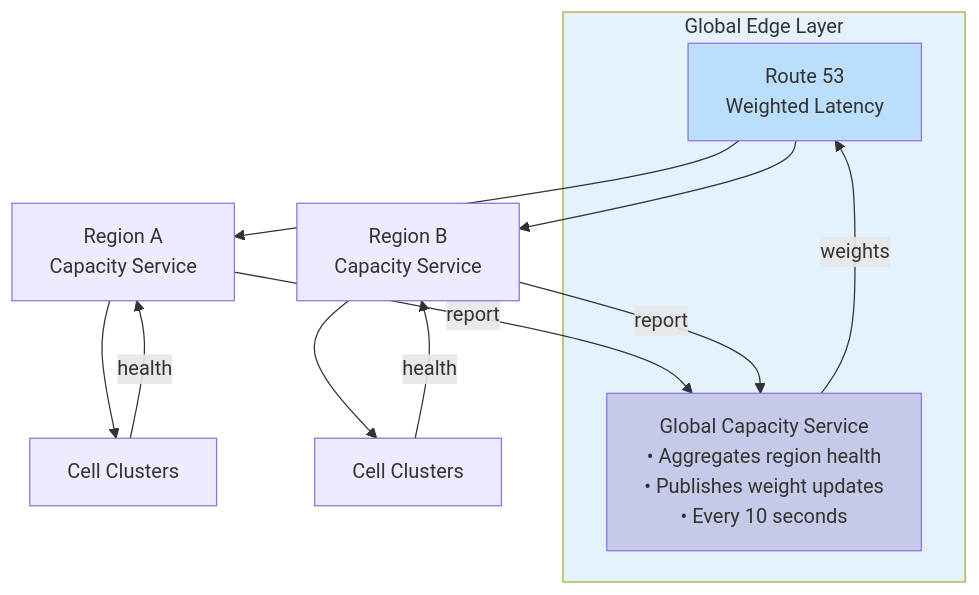
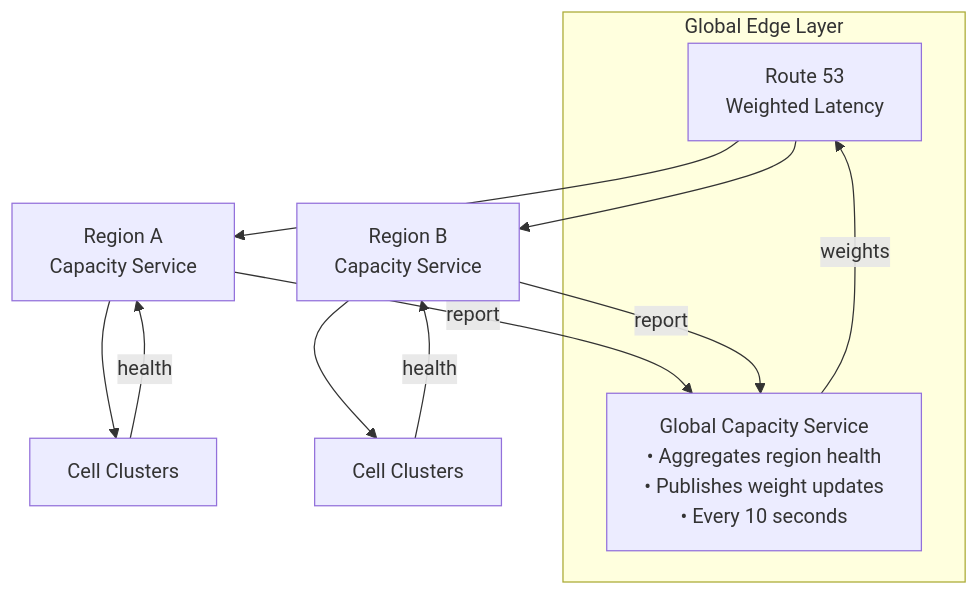
One commit to LatencyTDH/sample-architectural-designs changed the seventh of 24 diagrams in amazon-bedrock/DesignBedrock.md. Above: the diagram before and after it, drawn with Mermaid. The commit also changed other lines of this file, not shown here.

````diff
--- a/amazon-bedrock/DesignBedrock.md
+++ b/amazon-bedrock/DesignBedrock.md
@@ -1618,23 +1611,19 @@
     ```mermaid
     graph TD
         subgraph Global["Global Edge Layer"]
             R53["Route 53<br/>Weighted Latency"]
             GCS["Global Capacity Service<br/>• Aggregates region health<br/>• Publishes weight updates<br/>• Every 10 seconds"]
             GCS -->|weights| R53
         end
         
         R53 --> RA["Region A<br/>Capacity Service"]
         R53 --> RB["Region B<br/>Capacity Service"]
         
         RA --> CA["Cell Clusters"]
         RB --> CB["Cell Clusters"]
         
         CA -->|health| RA
         CB -->|health| RB
         RA -->|report| GCS
         RB -->|report| GCS
-        
-        style Global fill:#e3f2fd
-        style R53 fill:#bbdefb
-        style GCS fill:#c5cae9
     ```
````
